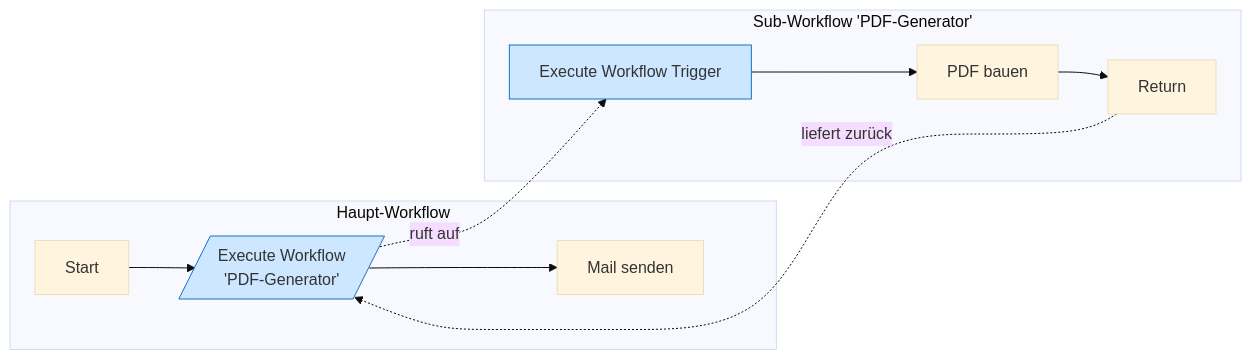
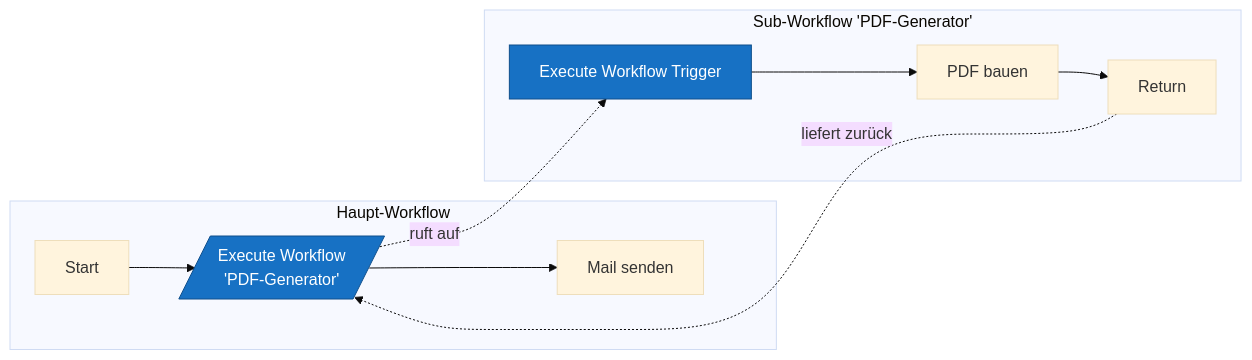
The seventh of 15 diagrams in docs/n8n_learning/n8n_Datenfluss_Kompendium_v2.md (ericleddin/m4-n8n-demos), drawn with Mermaid (base theme) before and after one commit. The commit also changed other lines of this file and 4 other files, not shown here.

Commit message:
Add AI agent, LLM, and n8n developer guides; standardize Mermaid colors

````diff
--- a/docs/n8n_learning/n8n_Datenfluss_Kompendium_v2.md
+++ b/docs/n8n_learning/n8n_Datenfluss_Kompendium_v2.md
@@ -212,17 +212,17 @@
 ```mermaid
 flowchart LR
     subgraph Main["Haupt-Workflow"]
         S[Start] --> EW[/"Execute Workflow<br/>'PDF-Generator'"/]
         EW --> N[Mail senden]
     end
 
     subgraph Sub["Sub-Workflow 'PDF-Generator'"]
         T[Execute Workflow Trigger] --> P[PDF bauen] --> R[Return]
     end
 
     EW -.ruft auf.-> T
     R -.liefert zurück.-> EW
 
-    style EW fill:#cce7ff,stroke:#1771c4
-    style T fill:#cce7ff,stroke:#1771c4
+    style EW fill:#1771c4,stroke:#0f4f8c,color:#fff
+    style T fill:#1771c4,stroke:#0f4f8c,color:#fff
 ```
````
